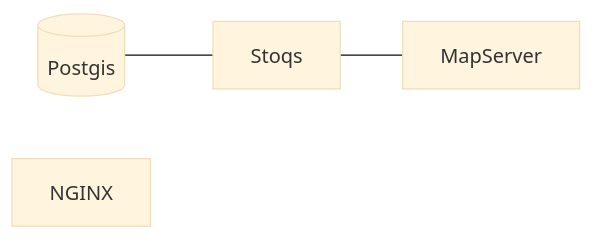
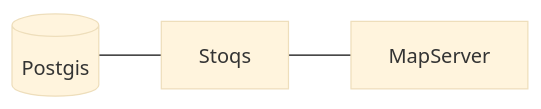
One commit to OtterBots/capstone_stoqs changed the diagram in stoqs_docs/docs/index.md. Above: the diagram before and after it, drawn with Mermaid (base theme).

Commit message:
Update index.md
delete nginx

````diff
--- a/stoqs_docs/docs/index.md
+++ b/stoqs_docs/docs/index.md
@@ -16,9 +16,8 @@
 ``` mermaid
 flowchart LR
     Postgis[(Postgis)]
     Stoqs["Stoqs"]
-    NGINX["NGINX"]
 
     Postgis --- Stoqs
     Stoqs--- MapServer
 ```
````
